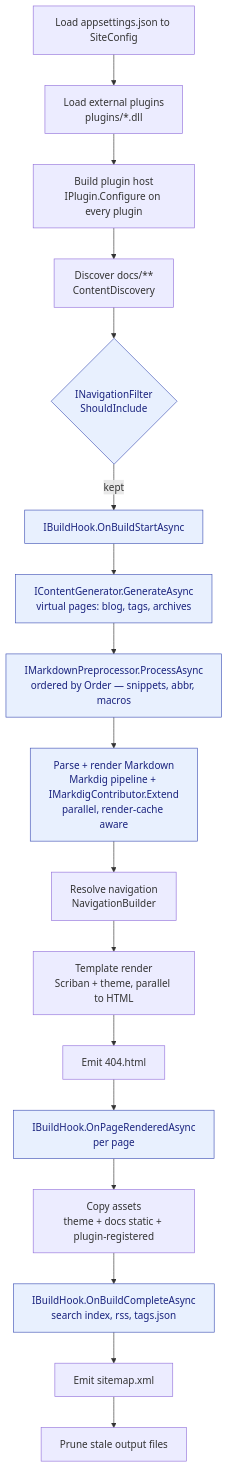
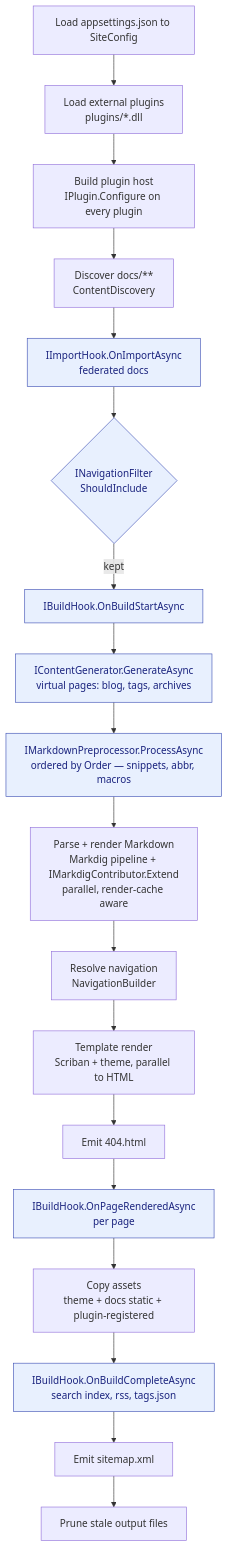
One commit to XtremeOwnage/Netdocs changed the first of 2 diagrams in docs-site/docs/development/lifecycle.md. Above: the diagram before and after it, drawn with Mermaid. The commit also changed other lines of this file and 3 other files, not shown here.

First line of the commit message:
docs: align import hook docs with lifecycle table

````diff
--- a/docs-site/docs/development/lifecycle.md
+++ b/docs-site/docs/development/lifecycle.md
@@ -13,22 +13,23 @@
 ```mermaid
 flowchart TD
     A[Load appsettings.json to SiteConfig] --> B[Load external plugins<br/>plugins/*.dll]
     B --> C[Build plugin host<br/>IPlugin.Configure on every plugin]
     C --> D[Discover docs/**<br/>ContentDiscovery]
-    D --> E{INavigationFilter<br/>ShouldInclude}
-    E -->|kept| F[IBuildHook.OnBuildStartAsync]
-    F --> G[IContentGenerator.GenerateAsync<br/>virtual pages: blog, tags, archives]
-    G --> H[IMarkdownPreprocessor.ProcessAsync<br/>ordered by Order — snippets, abbr, macros]
-    H --> I[Parse + render Markdown<br/>Markdig pipeline + IMarkdigContributor.Extend<br/>parallel, render-cache aware]
-    I --> J[Resolve navigation<br/>NavigationBuilder]
-    J --> K[Template render<br/>Scriban + theme, parallel to HTML]
-    K --> L[Emit 404.html]
-    L --> M[IBuildHook.OnPageRenderedAsync<br/>per page]
-    M --> N[Copy assets<br/>theme + docs static + plugin-registered]
-    N --> O[IBuildHook.OnBuildCompleteAsync<br/>search index, rss, tags.json]
-    O --> P[Emit sitemap.xml]
-    P --> Q[Prune stale output files]
+    D --> E[IImportHook.OnImportAsync<br/>federated docs]
+    E --> F{INavigationFilter<br/>ShouldInclude}
+    F -->|kept| G[IBuildHook.OnBuildStartAsync]
+    G --> H[IContentGenerator.GenerateAsync<br/>virtual pages: blog, tags, archives]
+    H --> I[IMarkdownPreprocessor.ProcessAsync<br/>ordered by Order — snippets, abbr, macros]
+    I --> J[Parse + render Markdown<br/>Markdig pipeline + IMarkdigContributor.Extend<br/>parallel, render-cache aware]
+    J --> K[Resolve navigation<br/>NavigationBuilder]
+    K --> L[Template render<br/>Scriban + theme, parallel to HTML]
+    L --> M[Emit 404.html]
+    M --> N[IBuildHook.OnPageRenderedAsync<br/>per page]
+    N --> O[Copy assets<br/>theme + docs static + plugin-registered]
+    O --> P[IBuildHook.OnBuildCompleteAsync<br/>search index, rss, tags.json]
+    P --> Q[Emit sitemap.xml]
+    Q --> R[Prune stale output files]
 
     classDef hook fill:#e8f0fe,stroke:#3f51b5,color:#1a237e;
-    class E,F,G,H,I,M,O hook;
+    class E,F,G,H,I,N,P hook;
 ```
````
